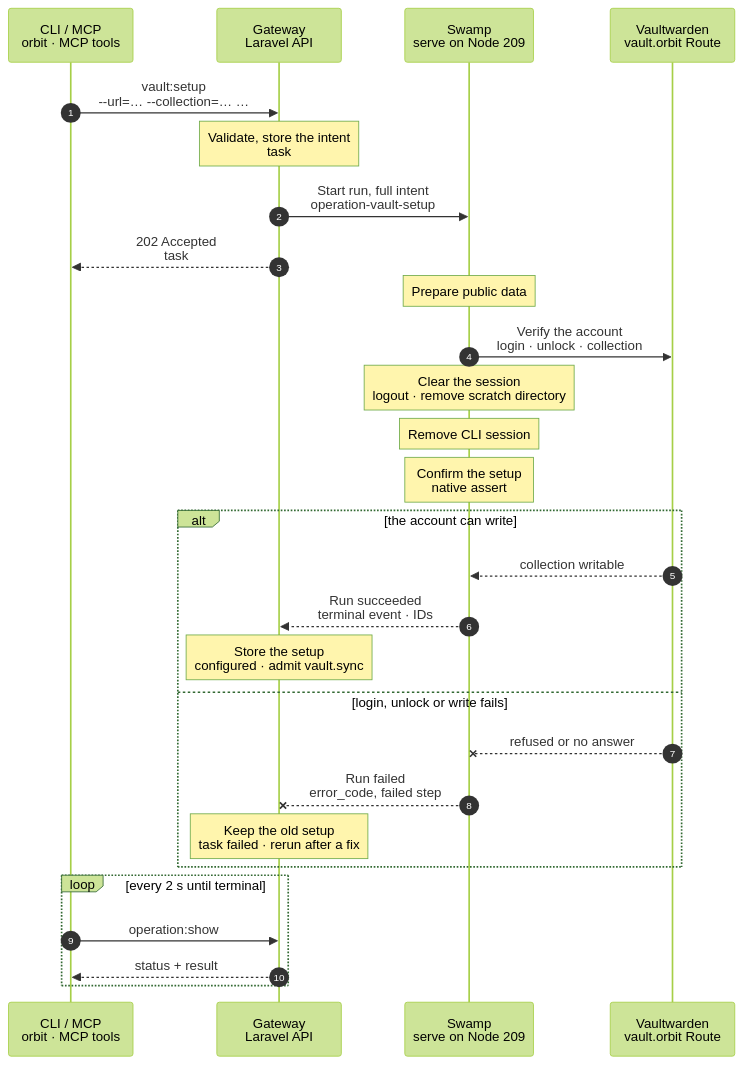
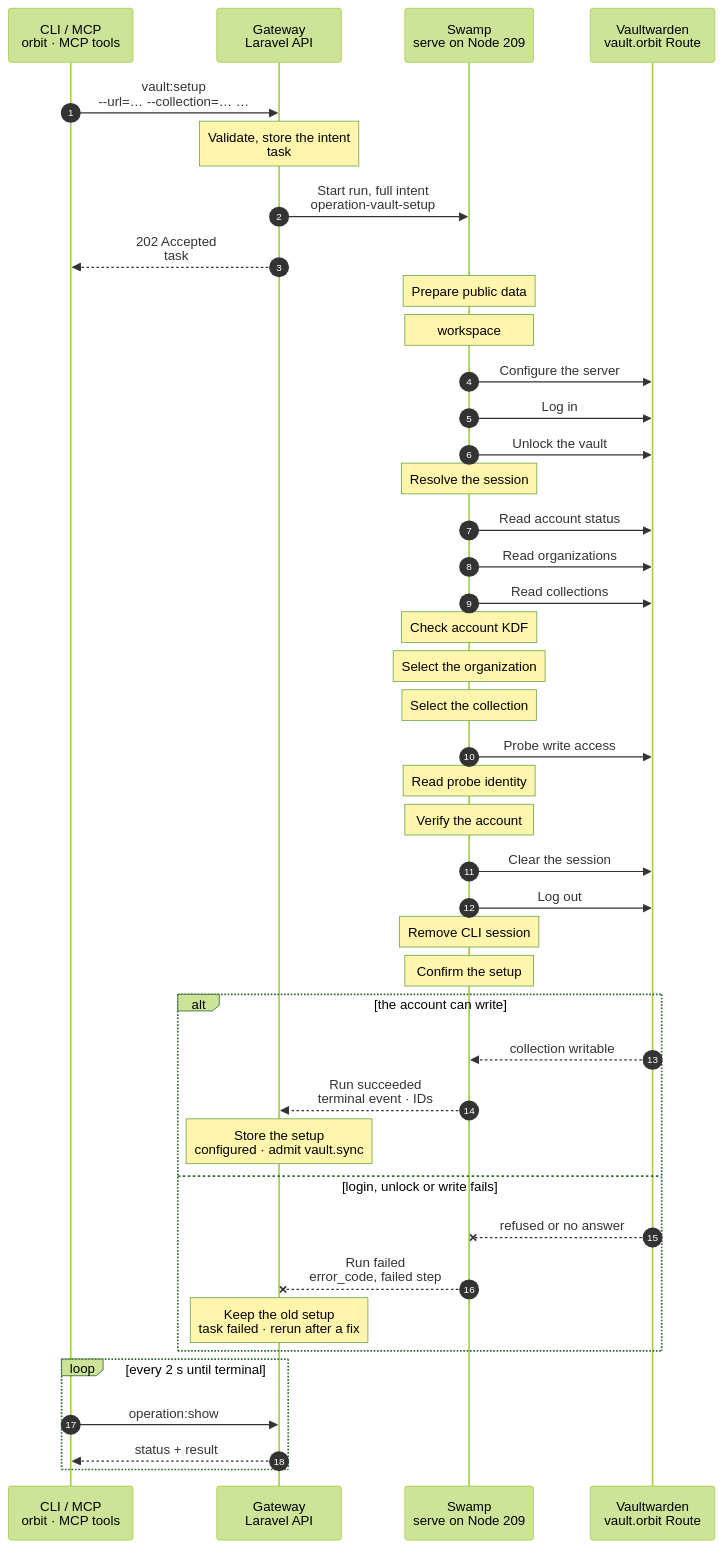
One commit to hardimpactdev/orbit changed the diagram in docs/cli/vault/setup.mmd. Above: the diagram before and after it, drawn with Mermaid (forest theme). The commit also changed 18 other files, not shown here.

First line of the commit message:
refactor(vault): expose CLI primitives and shape private data natively

```diff
--- a/docs/cli/vault/setup.mmd
+++ b/docs/cli/vault/setup.mmd
@@ -1,99 +1,98 @@
 sequenceDiagram
   %% Target design: ADR 0244 task, DECISIONS R2-R4, swamp-vault-design (Vaultwarden = human copy). docs/reference/vaultwarden.md.
   %% Tightened: flow-tighten 2026-11-02, rule 22 (no script-read step; the Bitwarden CLI calls run on 209).
   %% status: draft
   %% command: vault:setup
   %% kind: vault.setup
   autonumber
   %% lane CLI icon=terminal pill=caller tone=gray
   %% lane GW icon=gateway pill=intent tone=blue
   %% lane SW icon=workflow pill=executes tone=green
   %% lane VW icon=server pill=target tone=purple
   participant CLI as CLI / MCP<br/>orbit · MCP tools
   participant GW as Gateway<br/>Laravel API
   participant SW as Swamp<br/>serve on Node 209
   participant VW as Vaultwarden<br/>vault.orbit Route
   CLI->>GW: vault:setup<br/>--url=… --collection=… …
   %%> Command:
   %%> - `orbit vault:setup --url=https://vault.orbit --client-id=user.3f0c… --client-secret-file=./client-secret --master-password-file=./master-password --organization=Orbit --collection=Databases`
   %%> - syntax: `--url=ORIGIN --client-id=ID --client-secret-file=PATH --master-password-file=PATH --organization=NAME|ID --collection=NAME|ID`
   %%> Input:
   %%> - the Vaultwarden origin, the Gateway account's API key and master password, and the organization and collection
   %%> - the CLI reads the secrets from files, never from arguments
   Note over GW: Validate, store the intent<br/>task #5167 · secrets to vault
   %%> Requirements:
   %%> - the `vault` extension is on; your Node has an access grant to the Gateway
   %%> - the URL is HTTPS on a `.orbit` host, else `vault.url_invalid`
   %%> - no other setup, sync or teardown runs, else `vault.sync_busy`
   %%> - with items published, the organization and collection stay the same, else `vault.items_published`
   %%> What it does:
   %%> - stores the setup intent encrypted, then pushes the client secret and master password to the Swamp vault under a setup key after commit (R3)
   %%> Result:
   %%> - task #5167 recorded; the current setup, if any, stays in force
   GW->>SW: Start run, full intent<br/>operation-vault-setup
   %%> What it does:
   %%> - starts one Swamp run on serve (Node 209); no Node is a target
   %%> Inputs:
   %%> - the URL, client ID, organization and collection, and the vault key names; never the secrets
   GW-->>CLI: 202 Accepted<br/>task #5167
   %%> What you get:
   %%> - the task number, at once
   %%> Next:
   %%> - the CLI follows the task with `operation:show`, then prints `vault:status`
   Note over SW: Prepare public data
   %%> What it does:
-  %%> - serializes the frozen public intent for the native CLI environment; resolves no script assets
-  SW->>VW: Verify the account<br/>login · unlock · collection
+  %%> - compares the frozen public and private configuration, then stores credentials as native sensitive fields
+  Note over SW: workspace
+  SW->>VW: Configure the server
+  SW->>VW: Log in
+  SW->>VW: Unlock the vault
+  Note over SW: Resolve the session
   %%> What it does:
-  %%> - configures the official Bitwarden CLI in a private scratch directory, logs in, unlocks, and reads the collection
-  %%> - resolves the organization and collection by name or ID and checks write access
-  %%> - refuses a changed collection while published items exist
-  %%> How:
-  %%> - all work runs on a worker labelled role=swamp; only the Orbit root CA extends TLS trust
-  %%> - credentials arrive from vault.get in the command environment; session keys stay in the scratch directory
-  %%> Returns:
-  %%> - only the account email, organization and collection IDs and names, and configured status
-  Note over SW: Clear the session<br/>logout · remove scratch directory
-  %%> What it does:
-  %%> - native completed dependencies run cleanup after verification succeeds or fails
-  %%> - logout is best effort; the scratch directory and session key are removed
+  %%> - shapes private CLI data; credentials stay in native vault storage and cipher stdin stays in the 0700 scratch directory
+  SW->>VW: Read account status
+  SW->>VW: Read organizations
+  SW->>VW: Read collections
+  Note over SW: Check account KDF
+  Note over SW: Select the organization
+  Note over SW: Select the collection
+  SW->>VW: Probe write access
+  Note over SW: Read probe identity
+  Note over SW: Verify the account
+  SW->>VW: Clear the session
+  SW->>VW: Log out
   Note over SW: Remove CLI session
-  %%> What it does:
-  %%> - deletes the private CLI cache after cleanup succeeds or fails
-  Note over SW: Confirm the setup<br/>native assert
-  %%> What it does:
-  %%> - checks the verification result with Swamp's native assert; no second login or write
-  %%> Retry:
-  %%> - native resume keeps completed verification; a new setup verifies credentials again in a fresh scratch directory
+  Note over SW: Confirm the setup
+  %% Each command step runs one pinned CLI command. Typed shapers expose only bounded public metadata.
   alt the account can write
     VW-->>SW: collection writable
     %%> Returns:
     %%> - the account email and the organization and collection IDs
     SW-->>GW: Run succeeded<br/>terminal event · IDs
     %%> How the Gateway learns it:
     %%> - its shared run reader sees the terminal event; Swamp never calls the Gateway
     Note over GW: Store the setup<br/>configured · admit vault.sync
     %%> Result:
     %%> - the setup is stored encrypted and `vault:status` shows `configured`
     %%> - task #5167 succeeds, and the Gateway admits a first `vault.sync`
   else login, unlock or write fails
     VW--xSW: refused or no answer
     %%> When:
     %%> - a wrong API key or master password, an unknown organization or collection, no write access, or TLS fails
     SW--xGW: Run failed<br/>error_code, failed step
     %%> The Gateway reads:
     %%> - which step failed and its safe error code
     Note over GW: Keep the old setup<br/>task failed · rerun after a fix
     %%> Result:
     %%> - the new setup is not stored; an earlier setup stays in force; task #5167 fails
     %%> Retry:
     %%> - run the same command again with fixed values; it is a new task
   end
   loop every 2 s until terminal
     CLI->>GW: operation:show #5167
     %%> What it does:
     %%> - asks for the task's status every 2 seconds until it has ended
     GW-->>CLI: status + result
     %%> Returns:
     %%> - the current status, and the result once the task has ended
   end
```
